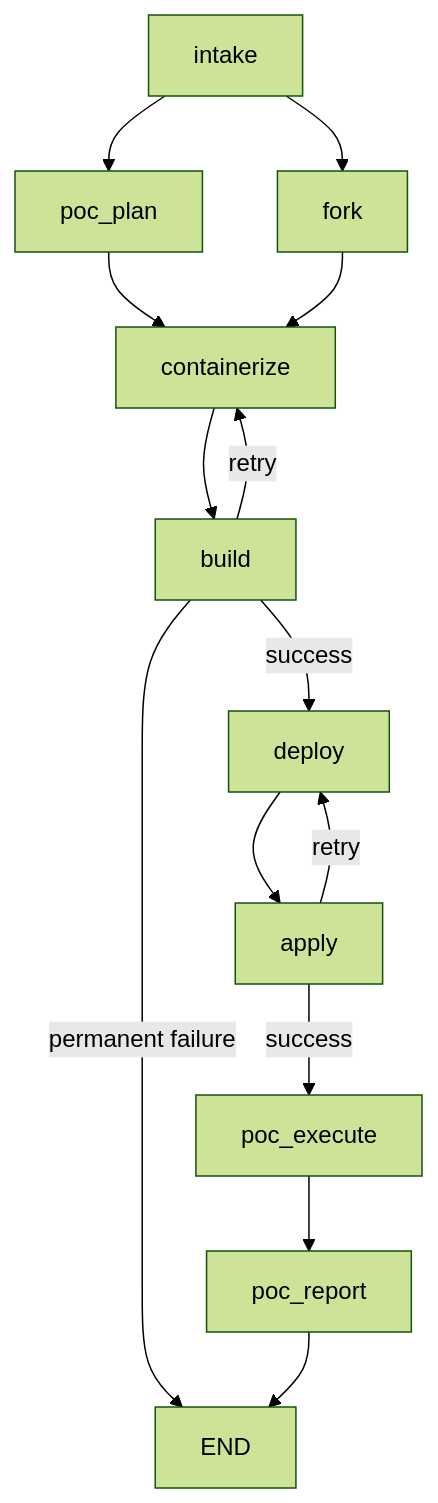
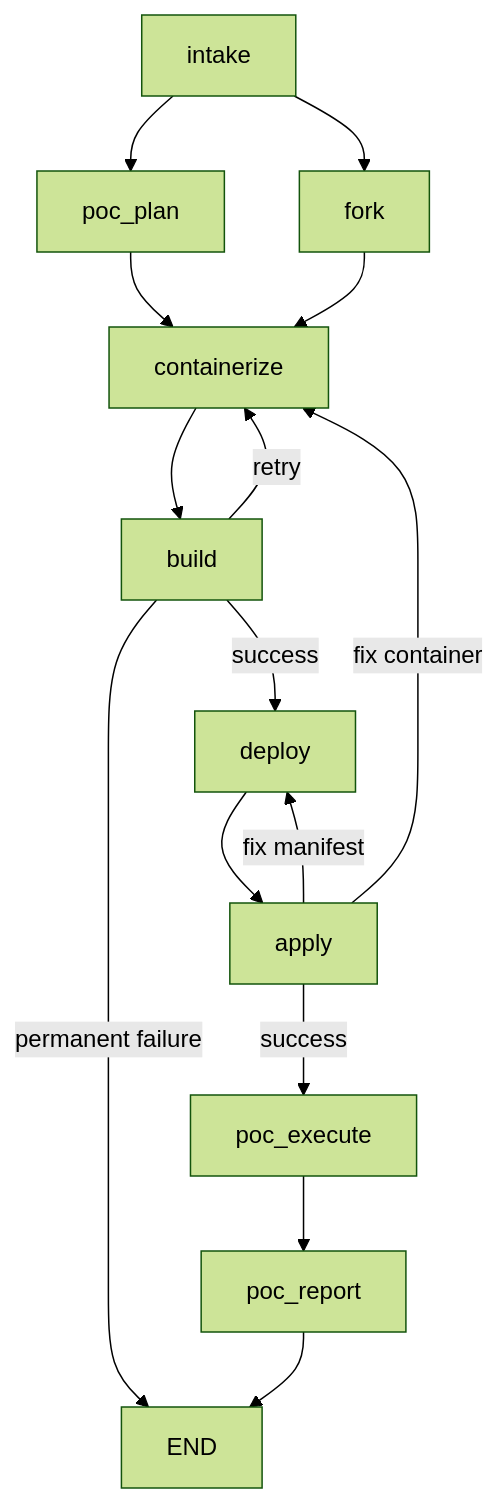
One commit to aicatalyst-team/autopoc changed the diagram in README.md. Above: the diagram before and after it, drawn with Mermaid (forest theme). The commit also changed other lines of this file and 3 other files, not shown here.

First line of the commit message:
docs: rewrite README for public release, add LICENSE, fix architecture docs

````diff
--- a/README.md
+++ b/README.md
@@ -112,16 +123,17 @@
 ```mermaid
 graph TD;
     intake --> poc_plan;
     intake --> fork;
     poc_plan --> containerize;
     fork --> containerize;
     containerize --> build;
     build -->|success| deploy;
     build -->|retry| containerize;
     build -->|permanent failure| END;
     deploy --> apply;
     apply -->|success| poc_execute;
-    apply -->|retry| deploy;
+    apply -->|fix manifest| deploy;
+    apply -->|fix container| containerize;
     poc_execute --> poc_report;
     poc_report --> END;
 ```
````
